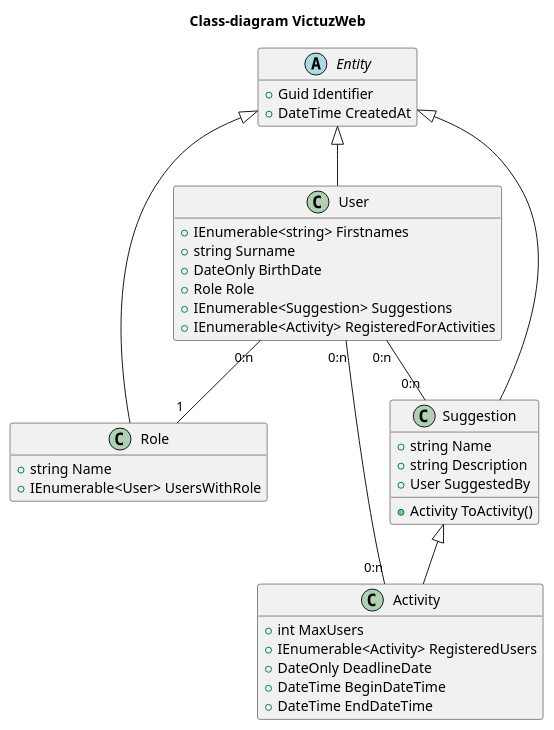
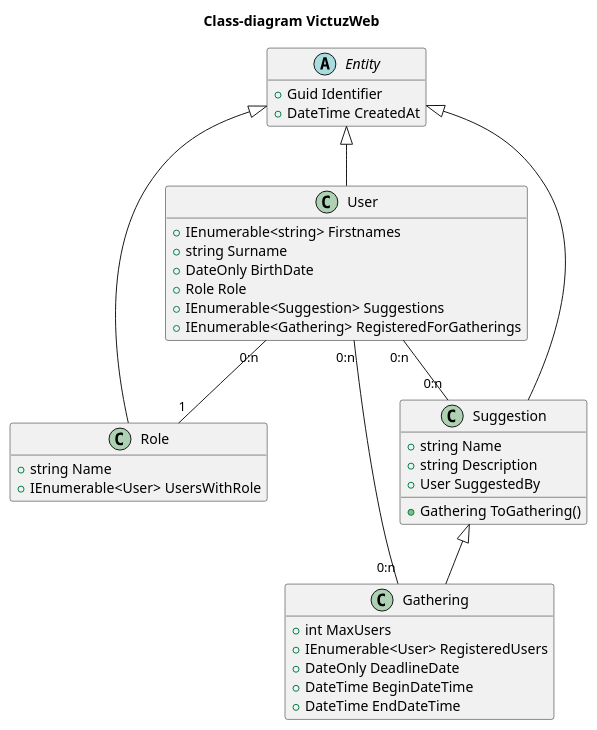
Before and after one commit to SlagterJ/VictuzWeb: the diagram in uml/class.puml, drawn with PlantUML.

Commit message:
Rename Activity to Gathering

```diff
--- a/uml/class.puml
+++ b/uml/class.puml
@@ -1,51 +1,51 @@
 @startuml class
 hide empty members
 title Class-diagram VictuzWeb
 
 
 abstract Entity {
   + Guid Identifier
   + DateTime CreatedAt
 }
 
 class User {
   + IEnumerable<string> Firstnames
   + string Surname
   + DateOnly BirthDate
   + Role Role
   + IEnumerable<Suggestion> Suggestions
-  + IEnumerable<Activity> RegisteredForActivities
+  + IEnumerable<Gathering> RegisteredForGatherings
 }
 Entity <|-- User
 
 class Role {
   + string Name
   + IEnumerable<User> UsersWithRole
 }
 Entity <|-- Role
 
 User "0:n" -- "1" Role
 
 class Suggestion {
   + string Name
   + string Description
   + User SuggestedBy
 
-  + Activity ToActivity()
+  + Gathering ToGathering()
 }
 Entity <|-- Suggestion
 
 User "0:n" -- "0:n" Suggestion
 
-class Activity {
+class Gathering {
   + int MaxUsers
-  + IEnumerable<Activity> RegisteredUsers
+  + IEnumerable<User> RegisteredUsers
   + DateOnly DeadlineDate
   + DateTime BeginDateTime
   + DateTime EndDateTime
 }
-Suggestion <|-- Activity
+Suggestion <|-- Gathering
 
-User "0:n" -- "0:n" Activity
+User "0:n" -- "0:n" Gathering
 
 @enduml
```
